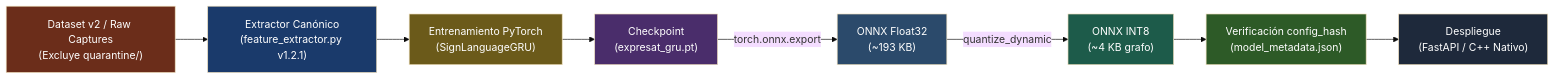
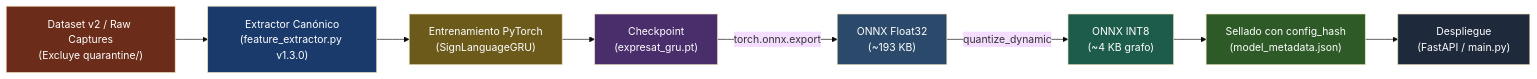
One commit to Salf423/expresat changed the diagram in Obsidian_exp/Explicacion del codigo/Funciones_Modelo/Training_and_Inference.md. Above: the diagram before and after it, drawn with Mermaid (base theme). The commit also changed other lines of this file and 152 other files, not shown here.

````diff
--- a/Obsidian_exp/Explicacion del codigo/Funciones_Modelo/Training_and_Inference.md
+++ b/Obsidian_exp/Explicacion del codigo/Funciones_Modelo/Training_and_Inference.md
@@ -52,19 +52,19 @@
 ```mermaid
 flowchart LR
-    A["Dataset v2 / Raw Captures\n(Excluye quarantine/)"] --> B["Extractor Canónico\n(feature_extractor.py v1.2.1)"]
+    A["Dataset v2 / Raw Captures\n(Excluye quarantine/)"] --> B["Extractor Canónico\n(feature_extractor.py v1.3.0)"]
     B --> C["Entrenamiento PyTorch\n(SignLanguageGRU)"]
     C --> D["Checkpoint\n(expresat_gru.pt)"]
     D -->|"torch.onnx.export"| E["ONNX Float32\n(~193 KB)"]
     E -->|"quantize_dynamic"| F["ONNX INT8\n(~4 KB grafo)"]
-    F --> G["Verificación config_hash\n(model_metadata.json)"]
-    G --> H["Despliegue\n(FastAPI / C++ Nativo)"]
+    F --> G["Sellado con config_hash\n(model_metadata.json)"]
+    G --> H["Despliegue\n(FastAPI / main.py)"]
 
     style A fill:#6b2d1a,color:#fff
     style B fill:#1a3a6b,color:#fff
     style C fill:#6b5a1a,color:#fff
     style D fill:#4a2d6b,color:#fff
     style E fill:#2b4a6b,color:#fff
     style F fill:#1d5b4a,color:#fff
     style G fill:#2d5a27,color:#fff
     style H fill:#1e293b,color:#fff
 ```
````
